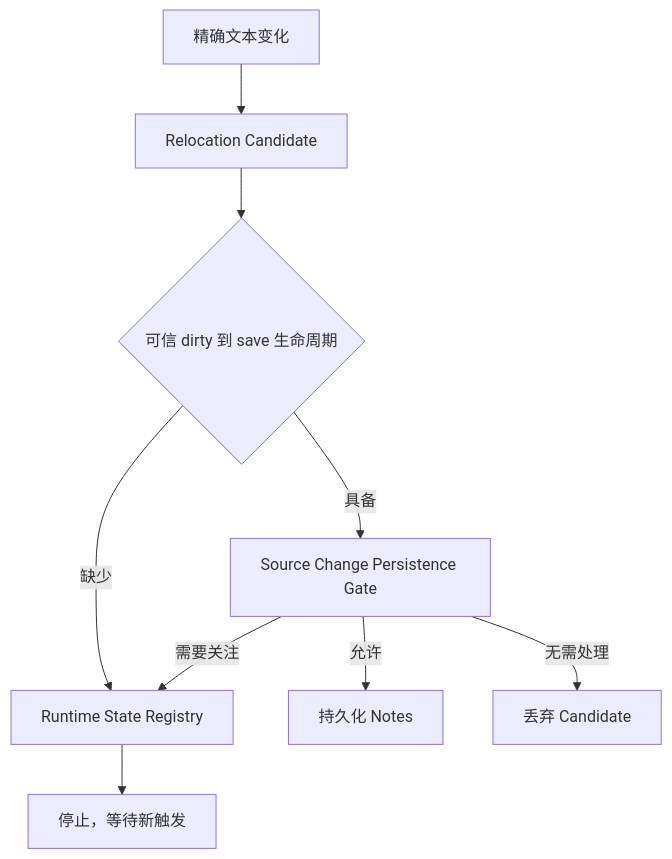
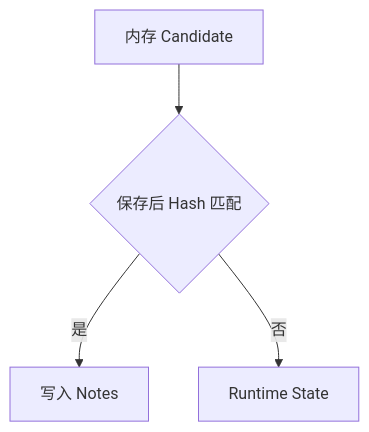
Before and after one commit to Leo7805/czaza: the diagram in .czaza/architecture-notes/diagrams/source-change-persistence-gate.md, drawn with Mermaid. The commit also changed other lines of this file and 14 other files, not shown here.

````diff
--- a/.czaza/architecture-notes/diagrams/source-change-persistence-gate.md
+++ b/.czaza/architecture-notes/diagrams/source-change-persistence-gate.md
@@ -18,11 +16,6 @@
 ```mermaid
 flowchart TD
-    A[精确文本变化] --> B[Relocation Candidate]
-    B --> C{可信 dirty 到 save 生命周期}
-    C -->|具备| D[Source Change Persistence Gate]
-    C -->|缺少| E[Runtime State Registry]
-    D -->|允许| G[持久化 Notes]
-    D -->|需要关注| E
-    D -->|无需处理| H[丢弃 Candidate]
-    E --> I[停止，等待新触发]
+    A[内存 Candidate] --> B{保存后 Hash 匹配}
+    B -->|是| C[写入 Notes]
+    B -->|否| D[Runtime State]
 ```
````
